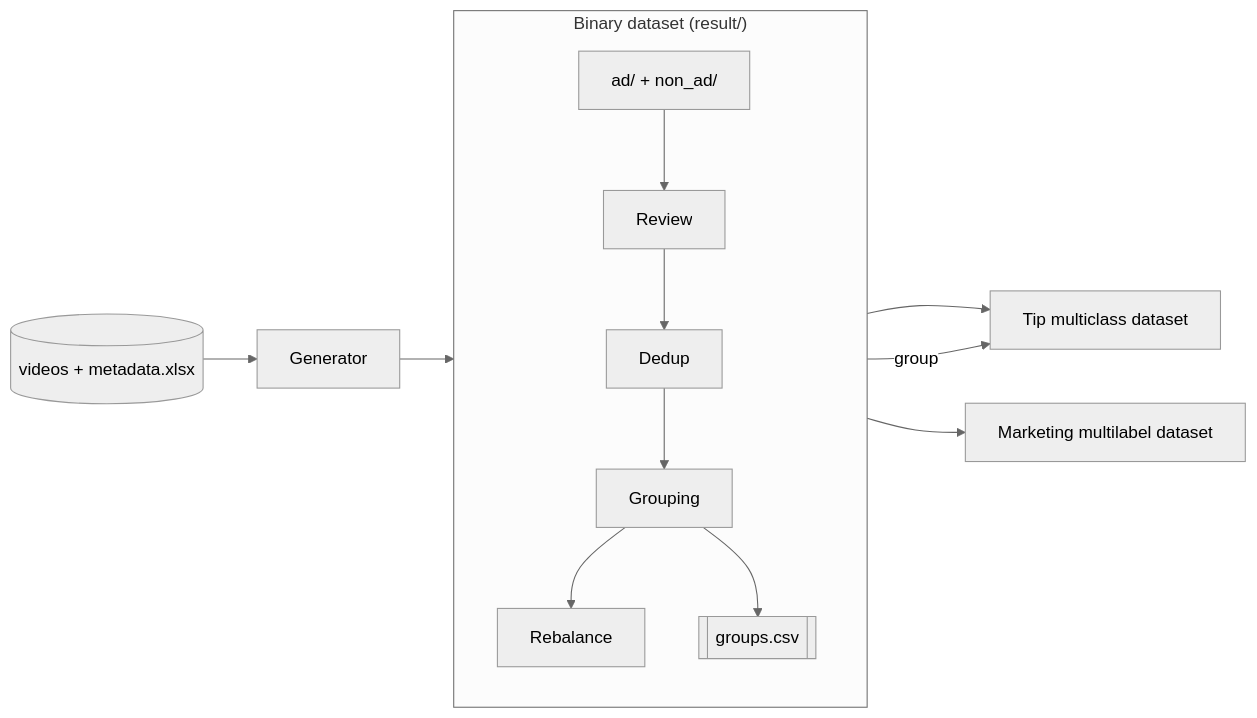
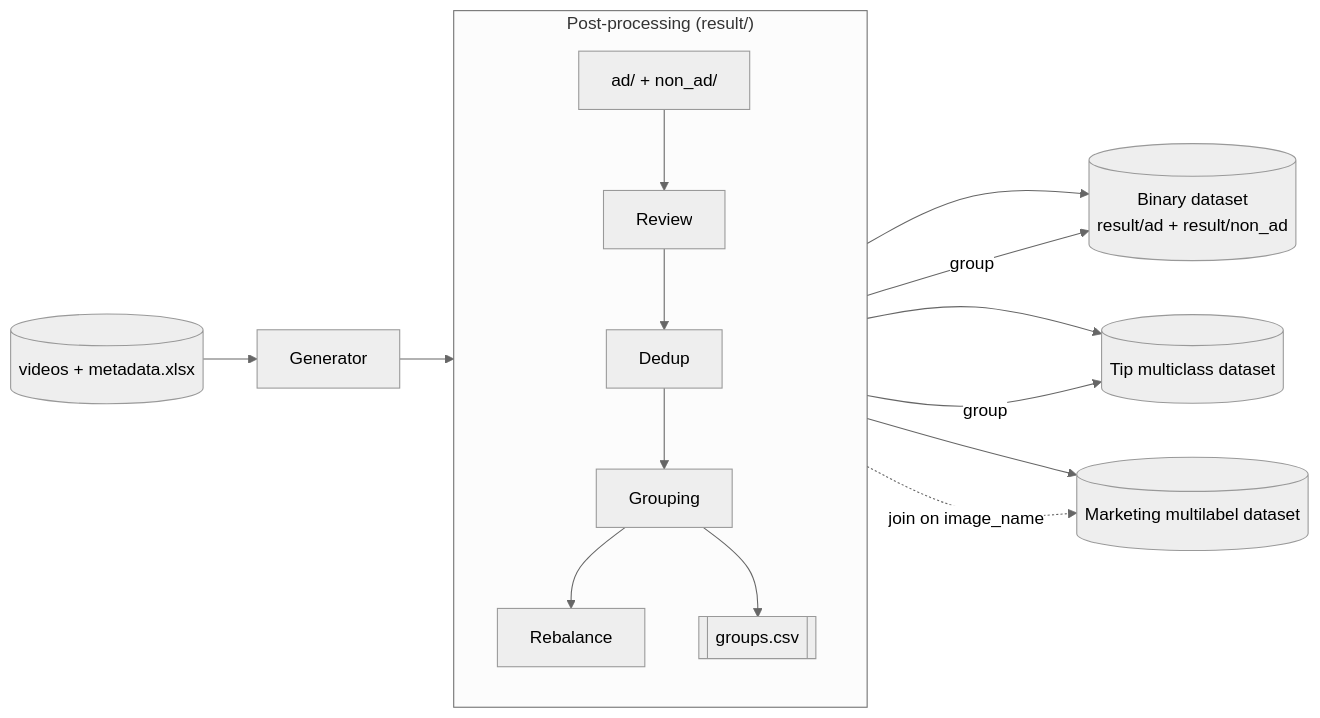
Before and after one commit to merojosa/unhealthy-dataset-generator: the diagram in README.md, drawn with Mermaid (neutral theme).

Commit message:
Include binary dataset in the diagram

````diff
--- a/README.md
+++ b/README.md
@@ -43,15 +43,18 @@
 ```mermaid
 flowchart LR
     IN[("videos + metadata.xlsx")] --> GEN["Generator"]
     GEN --> BIN
 
-    subgraph BIN["Binary dataset (result/)"]
+    subgraph BIN["Post-processing (result/)"]
         direction TB
         AD["ad/ + non_ad/"] --> REV["Review"] --> DED["Dedup"] --> GRP["Grouping"] --> REB["Rebalance"]
         GRP --> GCSV[["groups.csv"]]
     end
 
-    REB --> MC["Tip multiclass dataset"]
-    REB --> ML["Marketing multilabel dataset"]
+    REB --> BD[("Binary dataset<br/>result/ad + result/non_ad")]
+    REB --> MC[("Tip multiclass dataset")]
+    REB --> ML[("Marketing multilabel dataset")]
+    GCSV -- "group" --> BD
     GCSV -- "group" --> MC
+    GCSV -. "join on image_name" .-> ML
 ```
````
